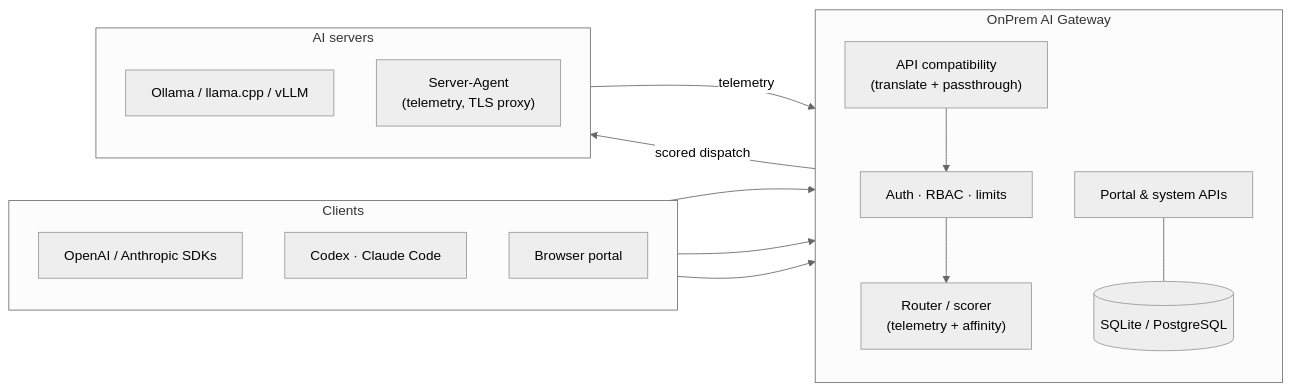
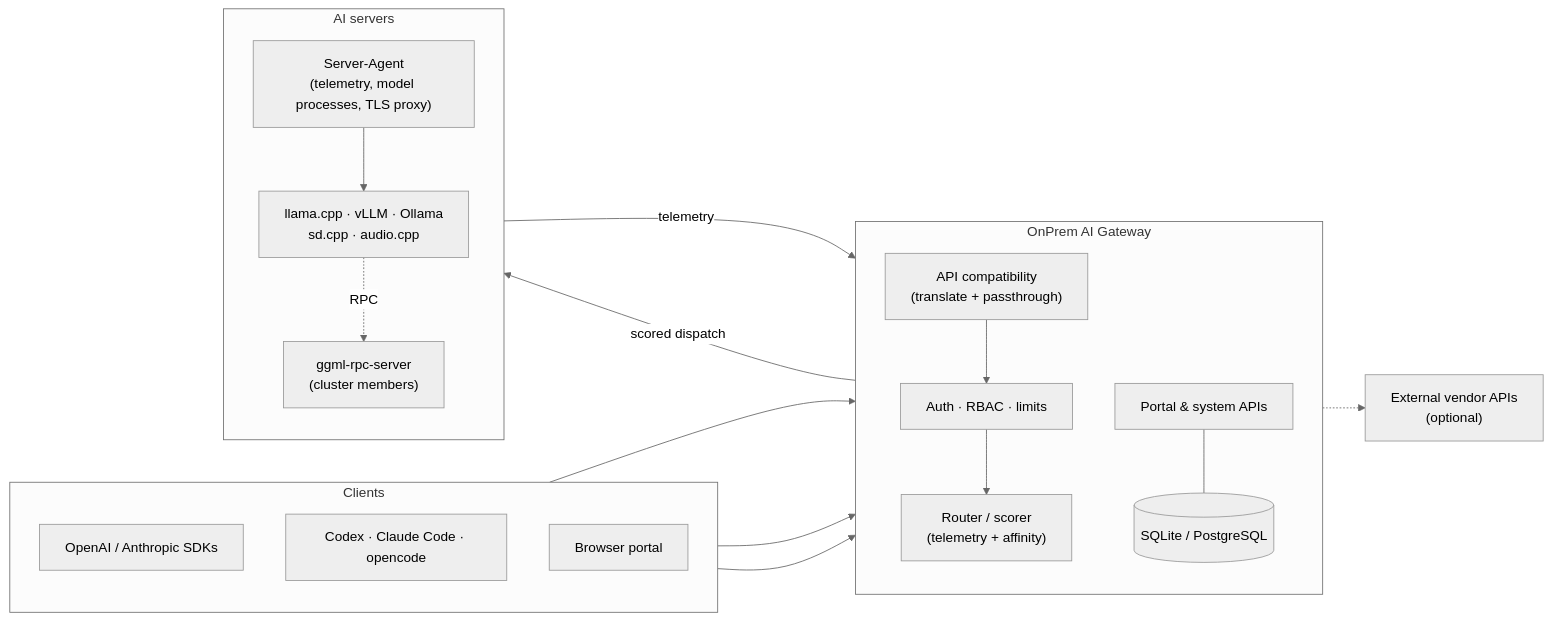
One commit to JLor08/op-ai-gateway changed the diagram in README.md. Above: the diagram before and after it, drawn with Mermaid (neutral theme). The commit also changed other lines of this file and 274 other files, not shown here.

First line of the commit message:
feat: llama.cpp RPC cluster mode (#365, Stage 1) (#368)

````diff
--- a/README.md
+++ b/README.md
@@ -123,32 +200,38 @@
 ```mermaid
 flowchart LR
     subgraph clients ["Clients"]
         direction TB
         sdk["OpenAI / Anthropic SDKs"]
-        agents["Codex · Claude Code"]
+        agents["Codex · Claude Code · opencode"]
         browser["Browser portal"]
     end
 
     subgraph gateway ["OnPrem AI Gateway"]
         direction TB
         compat["API compatibility<br/>(translate + passthrough)"]
         auth["Auth · RBAC · limits"]
         router["Router / scorer<br/>(telemetry + affinity)"]
         portal["Portal & system APIs"]
         db[("SQLite / PostgreSQL")]
     end
 
     subgraph fleet ["AI servers"]
         direction TB
-        srv1["Ollama / llama.cpp / vLLM"]
-        agent["Server-Agent<br/>(telemetry, TLS proxy)"]
+        agent["Server-Agent<br/>(telemetry, model processes, TLS proxy)"]
+        srv1["llama.cpp · vLLM · Ollama<br/>sd.cpp · audio.cpp"]
+        member["ggml-rpc-server<br/>(cluster members)"]
     end
+
+    vendors["External vendor APIs<br/>(optional)"]
 
     sdk --> compat
     agents --> compat
     browser --> portal
     compat --> auth --> router
-    router -->|"scored dispatch"| srv1
+    router -->|"scored dispatch"| agent
+    agent --> srv1
+    srv1 -.->|"RPC"| member
+    router -.-> vendors
     agent -->|"telemetry"| router
     portal --- db
 ```
````
